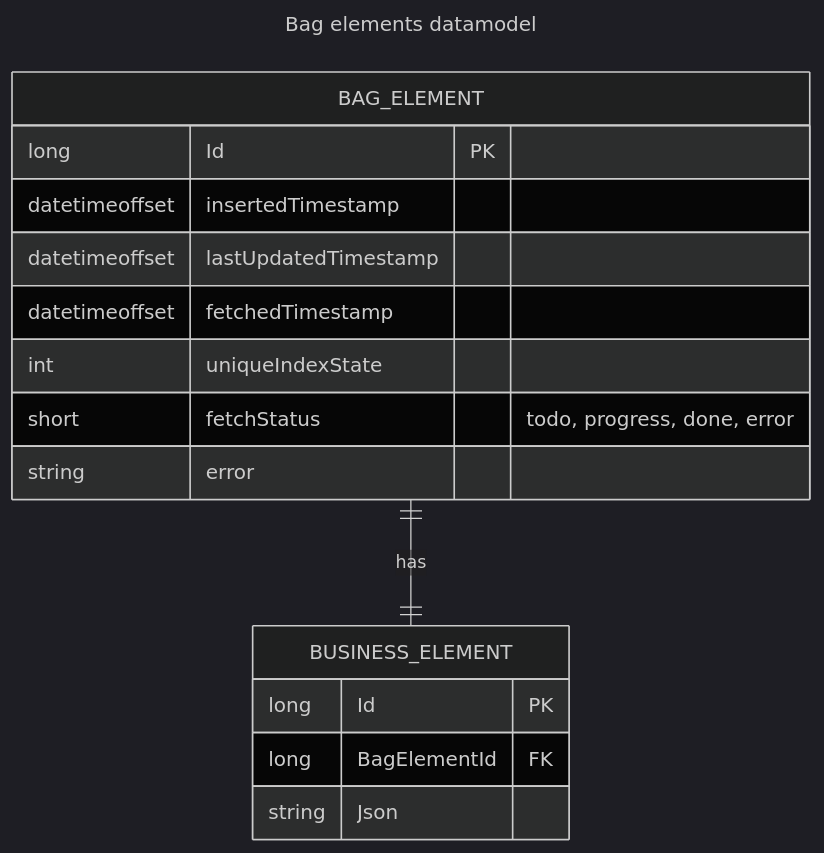
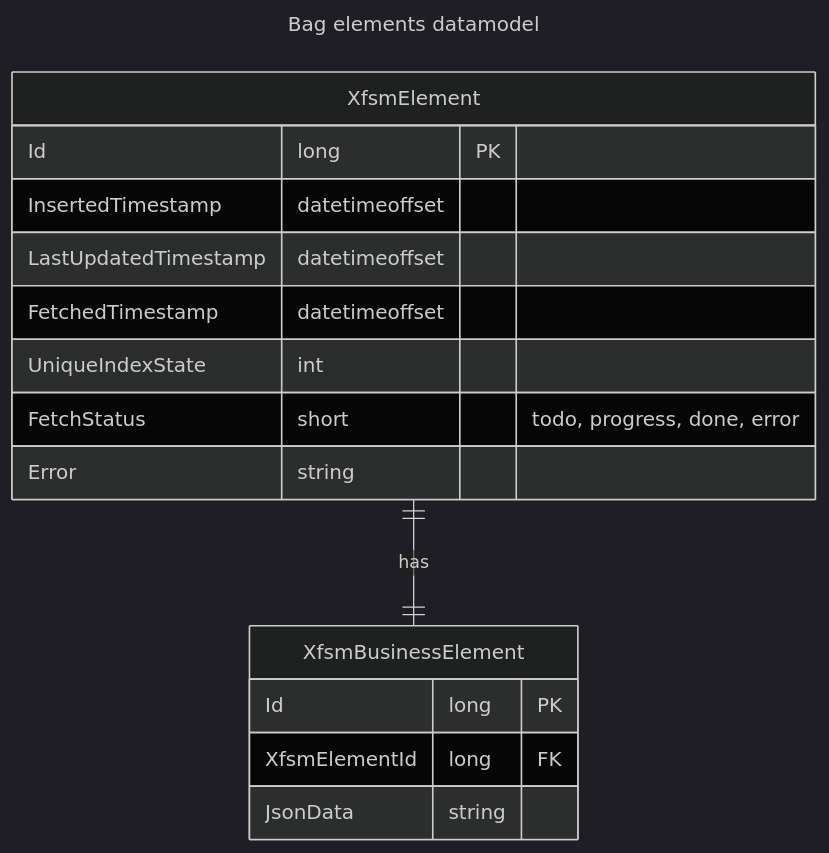
Before and after one commit to gio-js/xfsm: the diagram in analysis/diagrams/db.md, drawn with Mermaid (dark theme).

````diff
--- a/analysis/diagrams/db.md
+++ b/analysis/diagrams/db.md
@@ -1,21 +1,21 @@
 ```mermaid
 ---
 title: Bag elements datamodel
 ---
 erDiagram
-    BAG_ELEMENT ||--|| BUSINESS_ELEMENT : has
-    BAG_ELEMENT {
-        long Id PK
-        datetimeoffset insertedTimestamp
-        datetimeoffset lastUpdatedTimestamp
-        datetimeoffset fetchedTimestamp
-        int uniqueIndexState
-        short fetchStatus "todo, progress, done, error"
-        string error
+    XfsmElement ||--|| XfsmBusinessElement : has
+    XfsmElement {
+        Id long PK
+        InsertedTimestamp datetimeoffset
+        LastUpdatedTimestamp datetimeoffset
+        FetchedTimestamp datetimeoffset
+        UniqueIndexState int
+        FetchStatus short "todo, progress, done, error"
+        Error string
     }
-    BUSINESS_ELEMENT {
-        long Id PK
-        long BagElementId FK
-        string Json
+    XfsmBusinessElement {
+        Id long PK
+        XfsmElementId long FK
+        JsonData string
     }
 ```
````
